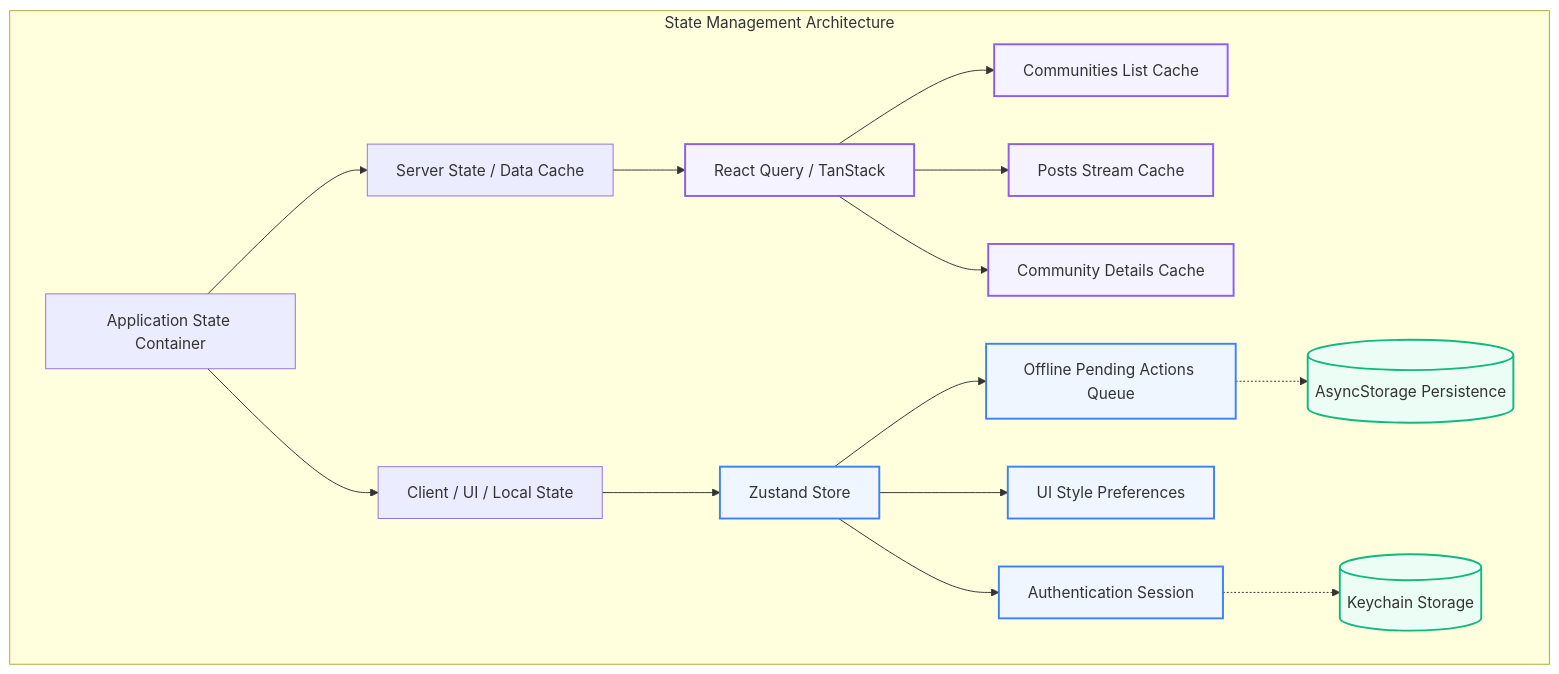
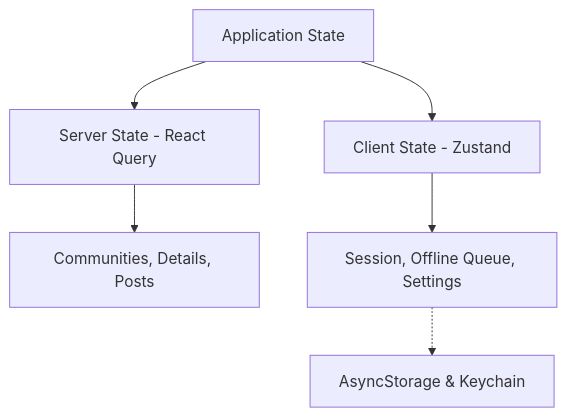
One commit to hi-kuldeep/communityHub changed the first of 3 diagrams in README.md. Above: the diagram before and after it, drawn with Mermaid. The commit also changed other lines of this file, not shown here.

Commit message:
docs: simplify architecture documentation and improve setup instructions in README.md

````diff
--- a/README.md
+++ b/README.md
@@ -68,25 +110,10 @@
 ```mermaid
 graph TD
-    classDef server fill:#f5f3ff,stroke:#8b5cf6,stroke-width:2px;
-    classDef client fill:#eff6ff,stroke:#3b82f6,stroke-width:2px;
-    classDef native fill:#ecfdf5,stroke:#10b981,stroke-width:2px;
-
-    subgraph State Management Architecture
-        App[Application State Container] --> Server[Server State / Data Cache]
-        App --> Client[Client / UI / Local State]
-        
-        Server --> RQ[React Query / TanStack]:::server
-        Client --> Z[Zustand Store]:::client
-        
-        RQ --> C1[Communities List Cache]:::server
-        RQ --> C2[Posts Stream Cache]:::server
-        RQ --> C3[Community Details Cache]:::server
-        
-        Z --> Z1[Authentication Session]:::client
-        Z --> Z2[UI Style Preferences]:::client
-        Z --> Z3[Offline Pending Actions Queue]:::client
-        
-        Z3 -.-> AS[(AsyncStorage Persistence)]:::native
-        Z1 -.-> KC[(Keychain Storage)]:::native
-    end
+    App[Application State] --> Server[Server State - React Query]
+    App --> Client[Client State - Zustand]
+    
+    Server --> SData[Communities, Details, Posts]
+    Client --> CData[Session, Offline Queue, Settings]
+    
+    CData -.-> Storage[AsyncStorage & Keychain]
 ```
````
